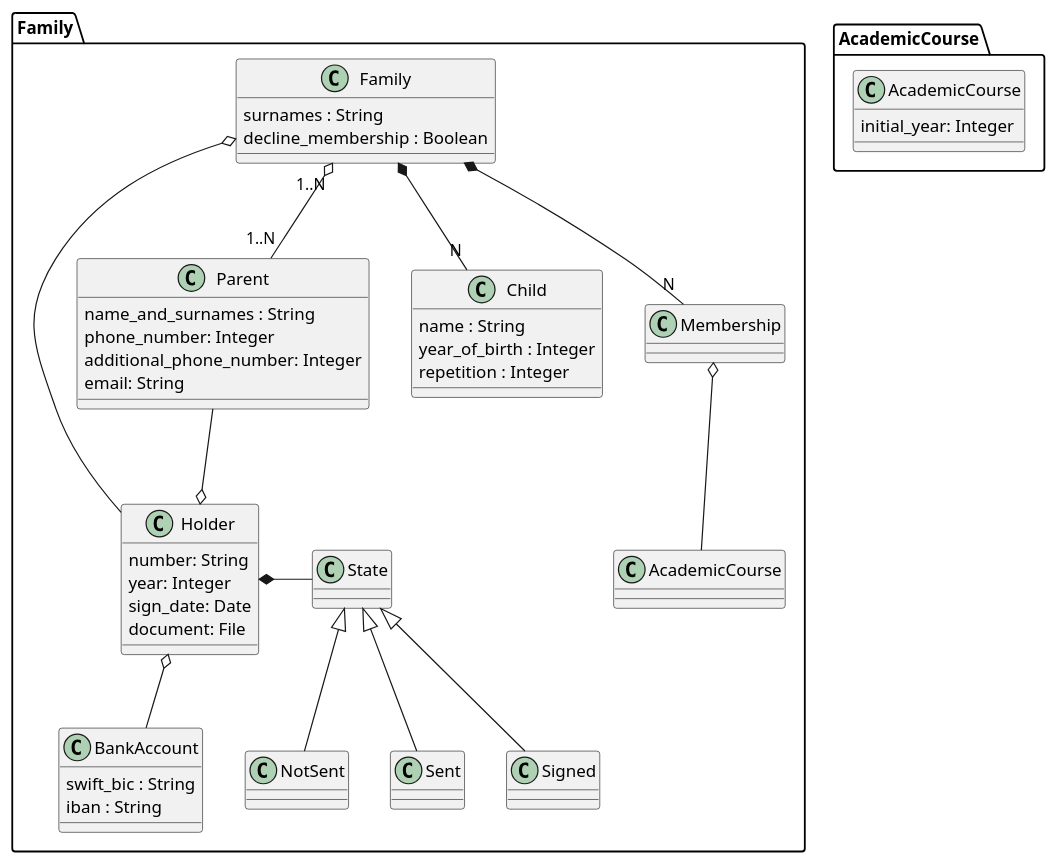
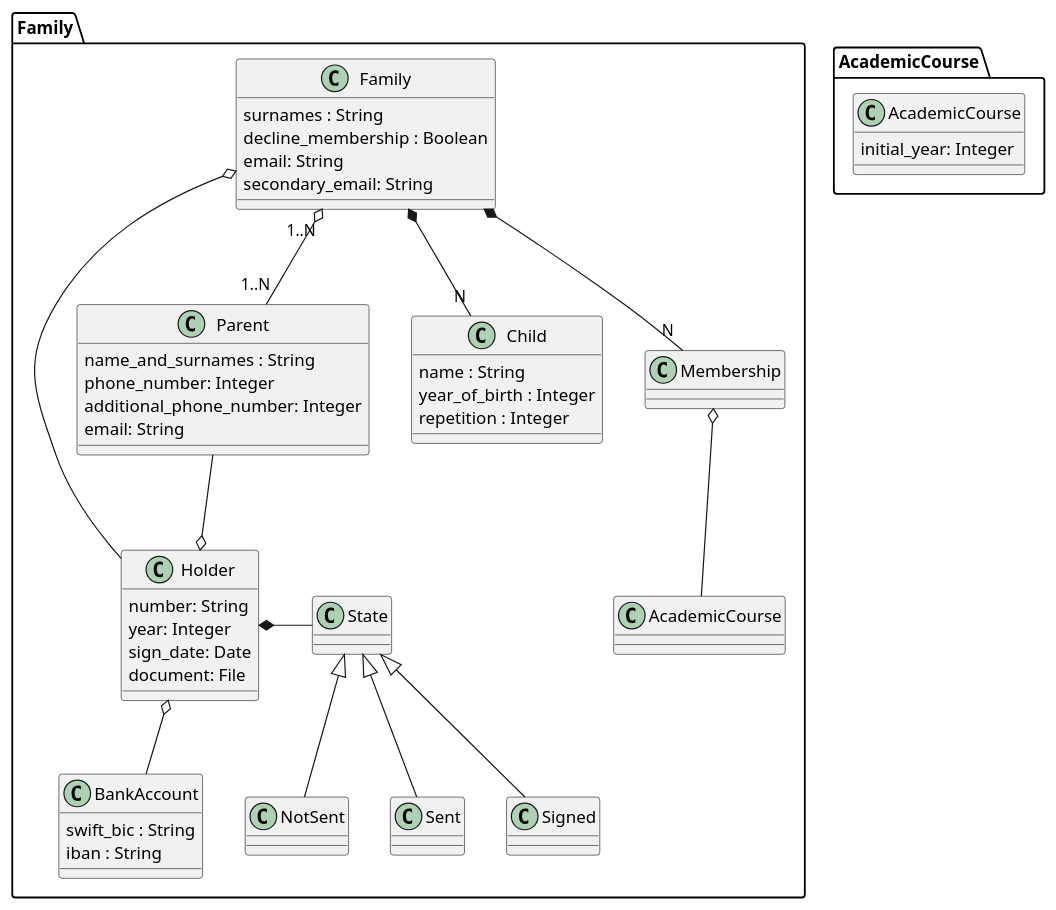
Before and after one commit to IgnacioMaestro/ampa-manager: the diagram in doc/DomainModelDiagram/FamilyPackage/FamilyPackage.puml, drawn with PlantUML.

Commit message:
feat: doc for family

```diff
--- a/doc/DomainModelDiagram/FamilyPackage/FamilyPackage.puml
+++ b/doc/DomainModelDiagram/FamilyPackage/FamilyPackage.puml
@@ -1,55 +1,57 @@
 @startuml
 package Family {
   class Family {
     surnames : String
     decline_membership : Boolean
+    email: String
+    secondary_email: String
   }
   class Parent {
     name_and_surnames : String
     phone_number: Integer
     additional_phone_number: Integer
     email: String
   }
   class Child {
     name : String
     year_of_birth : Integer
     repetition : Integer
   }
   class Holder {
       number: String
       year: Integer
       sign_date: Date
       document: File
   }
   class BankAccount {
     swift_bic : String
     iban : String
   }
   class State
   class NotSent
   class Sent
   class Signed
 
   NotSent -up-|> State
   Sent -up-|> State
   Signed -up-|> State
   Holder *-right- State
 
   class Membership
   Parent --o Holder: ""
   Holder o-- BankAccount
   Family o-- Holder
 
 
   Family "1..N" o-- "1..N" Parent
   Family *-- "N" Child
   Family *-- "N" Membership: ""
   Membership o-- AcademicCourse
 }
 
 package AcademicCourse {
   class AcademicCourse {
     initial_year: Integer
   }
 }
 @enduml
```
